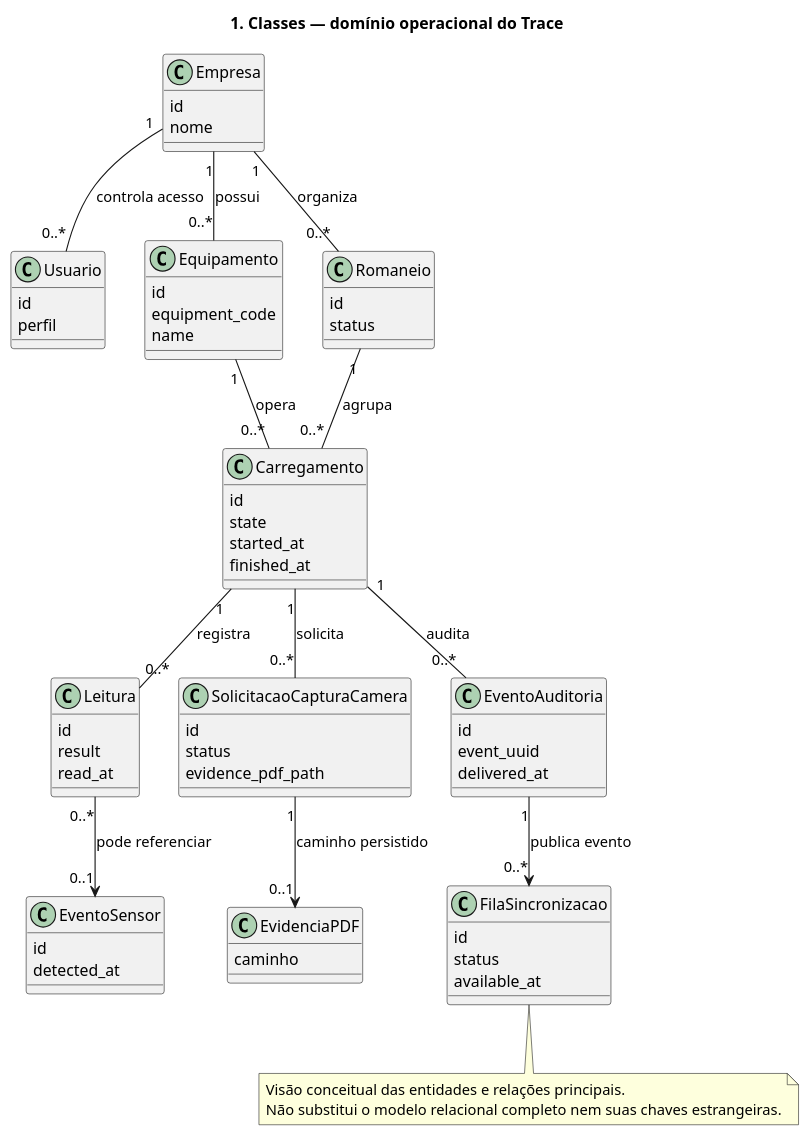
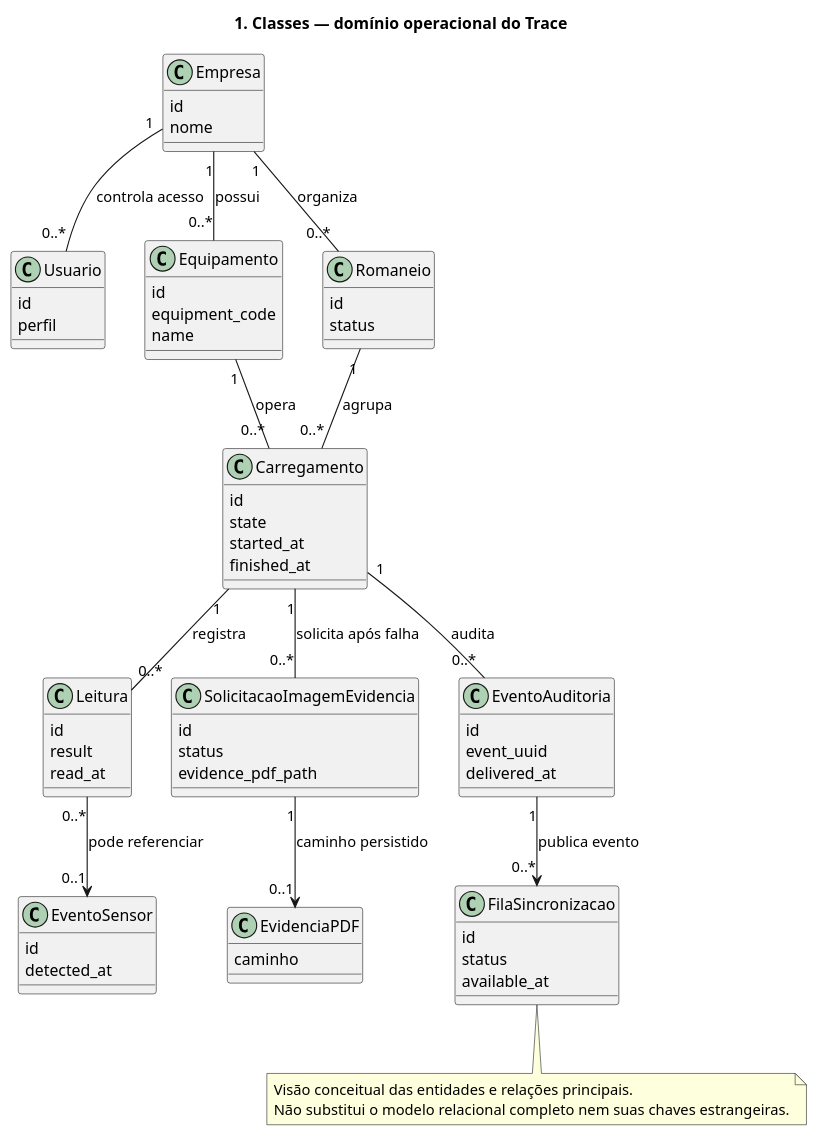
Before and after one commit to VItoraaraujoo/Dallogix-Trace-System: the diagram in documentacao/arquitetura/uml/01-diagrama-de-classes.puml, drawn with PlantUML. The commit also changed 127 other files, not shown here.

```diff
--- a/documentacao/arquitetura/uml/01-diagrama-de-classes.puml
+++ b/documentacao/arquitetura/uml/01-diagrama-de-classes.puml
@@ -1,72 +1,72 @@
 @startuml trace-01-classes
 title 1. Classes — domínio operacional do Trace
 skinparam classAttributeIconSize 0
 
 class Empresa {
   id
   nome
 }
 class Usuario {
   id
   perfil
 }
 class Equipamento {
   id
   equipment_code
   name
 }
 class Carregamento {
   id
   state
   started_at
   finished_at
 }
 class Leitura {
   id
   result
   read_at
 }
 class EventoSensor {
   id
   detected_at
 }
-class SolicitacaoCapturaCamera {
+class SolicitacaoImagemEvidencia {
   id
   status
   evidence_pdf_path
 }
 class EvidenciaPDF {
   caminho
 }
 class Romaneio {
   id
   status
 }
 class EventoAuditoria {
   id
   event_uuid
   delivered_at
 }
 class FilaSincronizacao {
   id
   status
   available_at
 }
 
 Empresa "1" -- "0..*" Usuario : controla acesso
 Empresa "1" -- "0..*" Equipamento : possui
 Empresa "1" -- "0..*" Romaneio : organiza
 Equipamento "1" -- "0..*" Carregamento : opera
 Romaneio "1" -- "0..*" Carregamento : agrupa
 Carregamento "1" -- "0..*" Leitura : registra
 Leitura "0..*" --> "0..1" EventoSensor : pode referenciar
-Carregamento "1" -- "0..*" SolicitacaoCapturaCamera : solicita
-SolicitacaoCapturaCamera "1" --> "0..1" EvidenciaPDF : caminho persistido
+Carregamento "1" -- "0..*" SolicitacaoImagemEvidencia : solicita após falha
+SolicitacaoImagemEvidencia "1" --> "0..1" EvidenciaPDF : caminho persistido
 Carregamento "1" -- "0..*" EventoAuditoria : audita
 EventoAuditoria "1" --> "0..*" FilaSincronizacao : publica evento
 
 note bottom
 Visão conceitual das entidades e relações principais.
 Não substitui o modelo relacional completo nem suas chaves estrangeiras.
 end note
 @enduml
```
